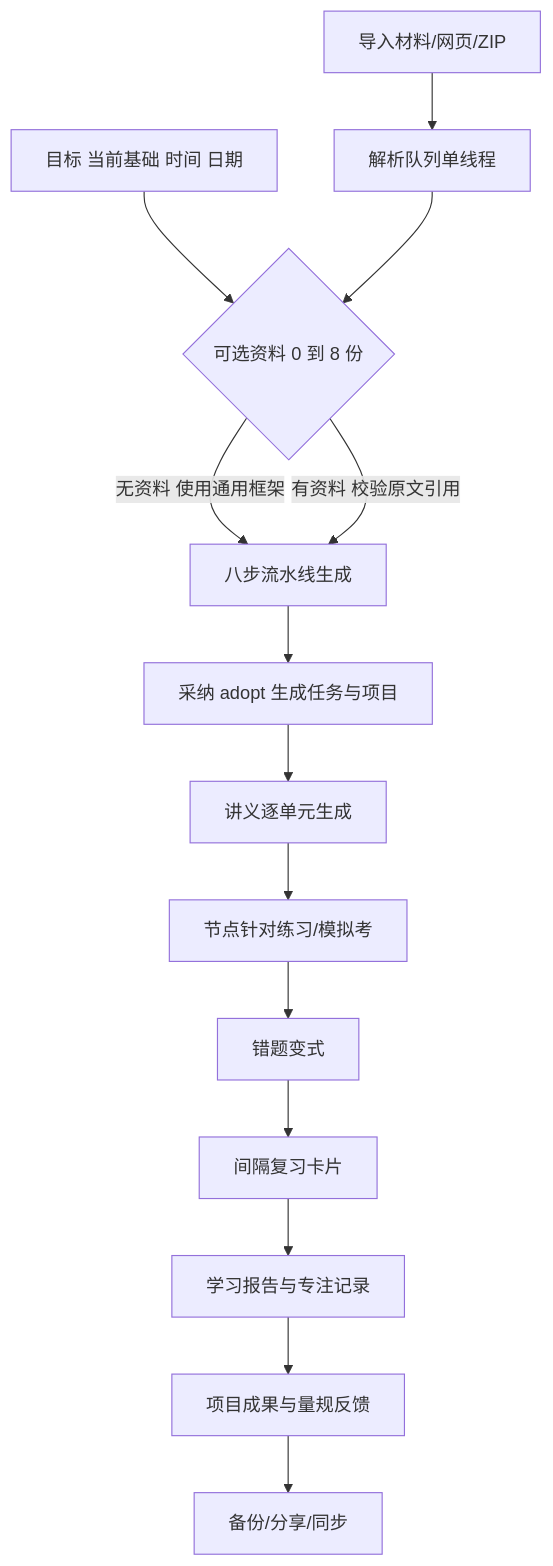
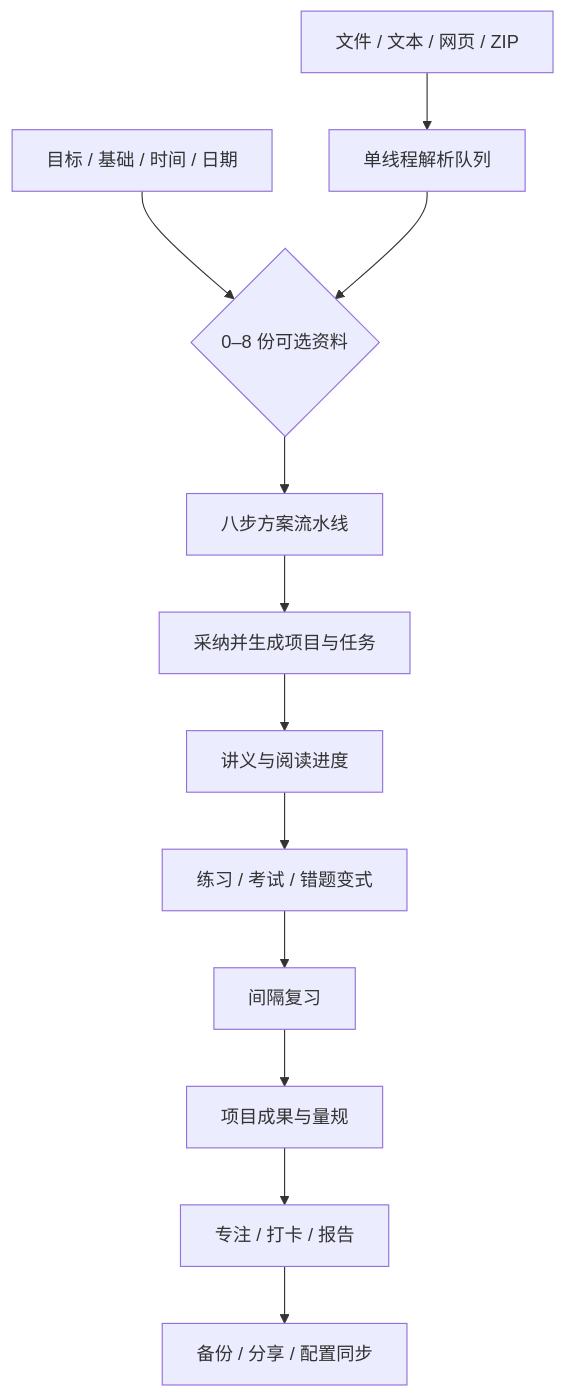
Before and after one commit to hershate/Deep-tutor: the second of 5 diagrams in docs/architecture/03-workflow.md, drawn with Mermaid. The commit also changed other lines of this file and 1 other file, not shown here.

````diff
--- a/docs/architecture/03-workflow.md
+++ b/docs/architecture/03-workflow.md
@@ -52,16 +69,14 @@
 ```mermaid
 flowchart TD
-    A[目标 当前基础 时间 日期] --> C{可选资料 0 到 8 份}
-    B[导入材料/网页/ZIP] --> Q[解析队列单线程]
+    A[目标 / 基础 / 时间 / 日期] --> C{0–8 份可选资料}
+    B[文件 / 文本 / 网页 / ZIP] --> Q[单线程解析队列]
     Q --> C
-    C -->|无资料 使用通用框架| D[八步流水线生成]
-    C -->|有资料 校验原文引用| D
-    D --> E[采纳 adopt 生成任务与项目]
-    E --> F[讲义逐单元生成]
-    F --> G[节点针对练习/模拟考]
-    G --> H[错题变式]
-    H --> I[间隔复习卡片]
-    I --> J[学习报告与专注记录]
-    J --> K[项目成果与量规反馈]
-    K --> L[备份/分享/同步]
+    C --> D[八步方案流水线]
+    D --> E[采纳并生成项目与任务]
+    E --> F[讲义与阅读进度]
+    F --> G[练习 / 考试 / 错题变式]
+    G --> H[间隔复习]
+    H --> I[项目成果与量规]
+    I --> J[专注 / 打卡 / 报告]
+    J --> K[备份 / 分享 / 配置同步]
 ```
````
